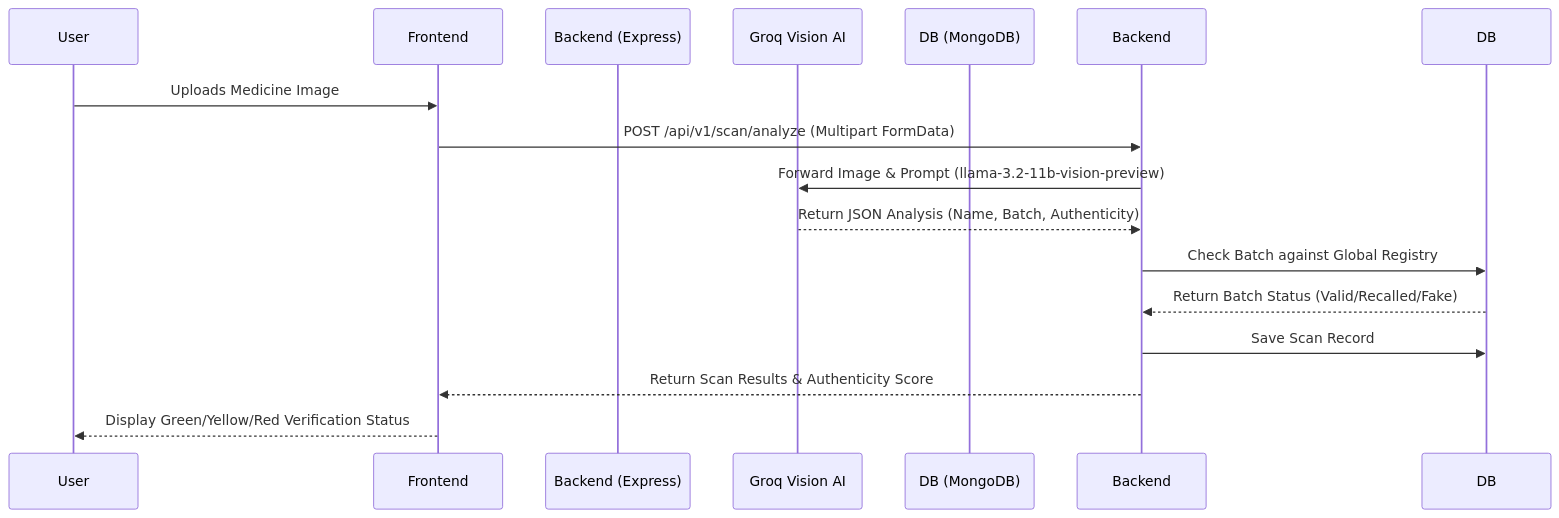
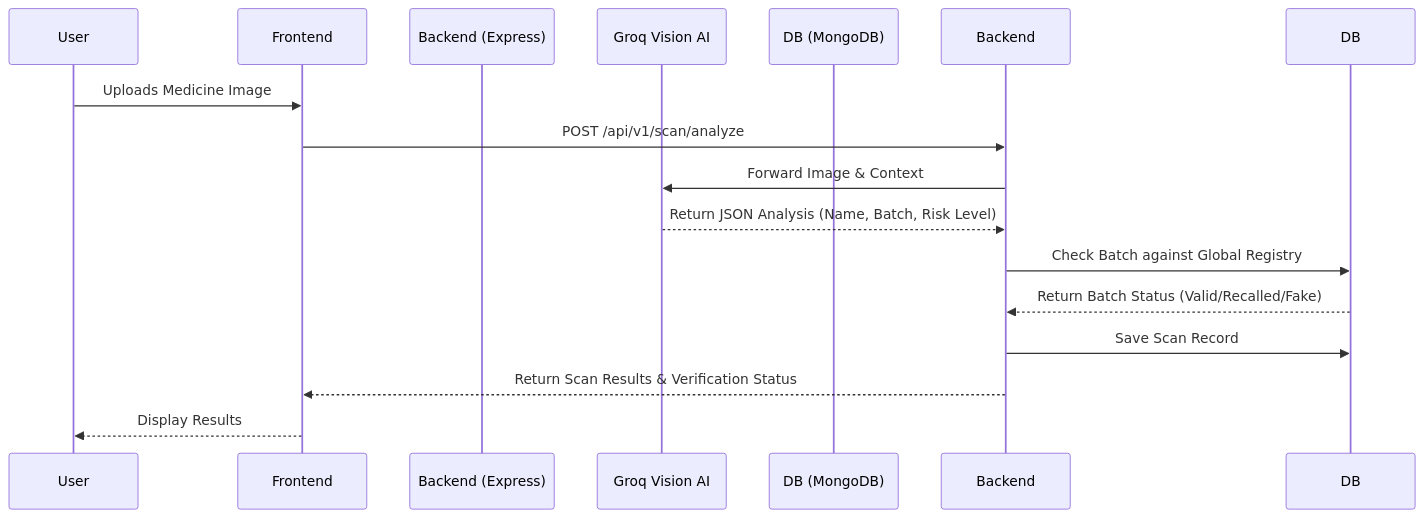
Before and after one commit to mohdaaftab034/mediguard-2: the second of 2 diagrams in README.md, drawn with Mermaid. The commit also changed other lines of this file and 2 other files, not shown here.

````diff
--- a/README.md
+++ b/README.md
@@ -20,18 +35,18 @@
 ```mermaid
 sequenceDiagram
     participant User
     participant Frontend
     participant Backend (Express)
     participant Groq Vision AI
     participant DB (MongoDB)
 
     User->>Frontend: Uploads Medicine Image
-    Frontend->>Backend: POST /api/v1/scan/analyze (Multipart FormData)
-    Backend->>Groq Vision AI: Forward Image & Prompt (llama-3.2-11b-vision-preview)
-    Groq Vision AI-->>Backend: Return JSON Analysis (Name, Batch, Authenticity)
+    Frontend->>Backend: POST /api/v1/scan/analyze
+    Backend->>Groq Vision AI: Forward Image & Context
+    Groq Vision AI-->>Backend: Return JSON Analysis (Name, Batch, Risk Level)
     Backend->>DB: Check Batch against Global Registry
     DB-->>Backend: Return Batch Status (Valid/Recalled/Fake)
     Backend->>DB: Save Scan Record
-    Backend-->>Frontend: Return Scan Results & Authenticity Score
-    Frontend-->>User: Display Green/Yellow/Red Verification Status
+    Backend-->>Frontend: Return Scan Results & Verification Status
+    Frontend-->>User: Display Results
 ```
````
